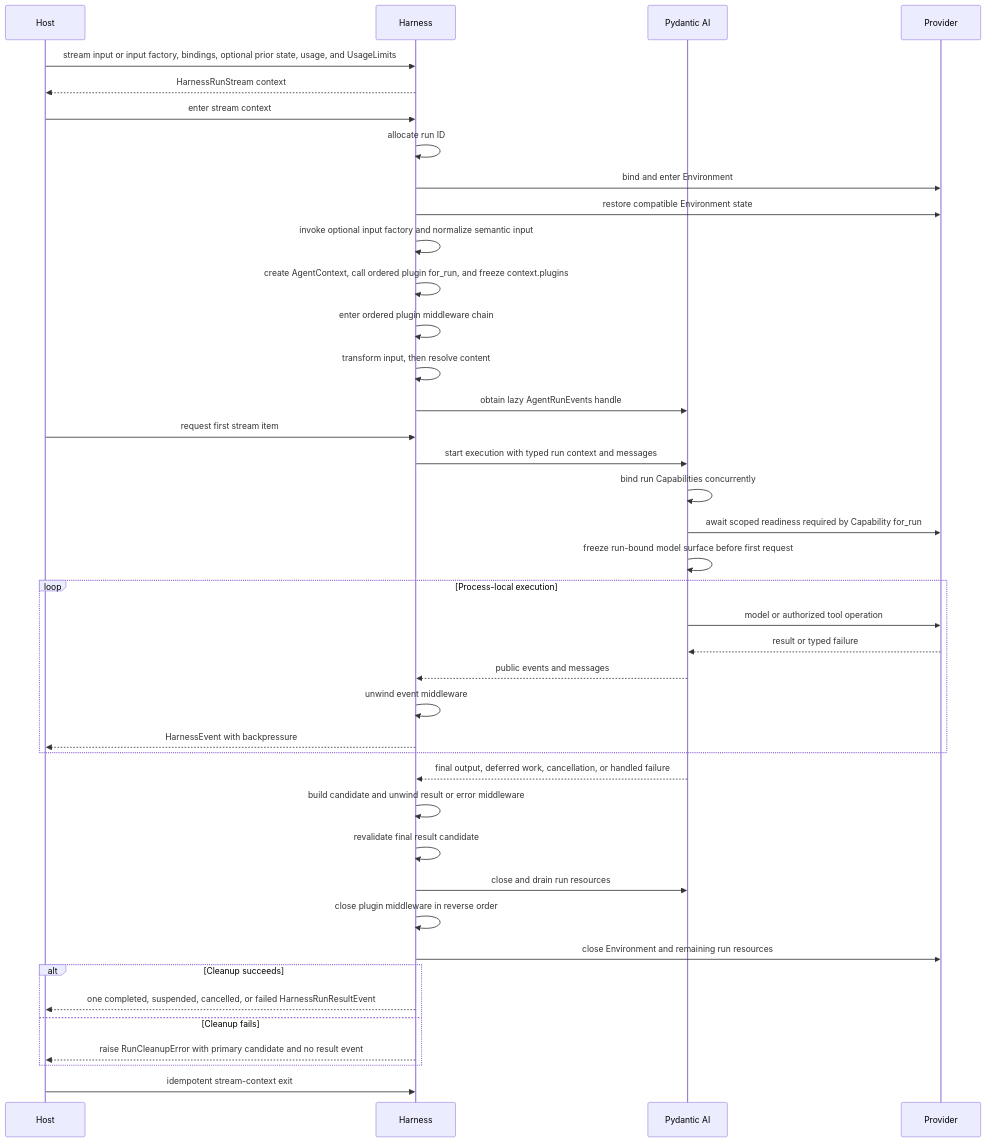
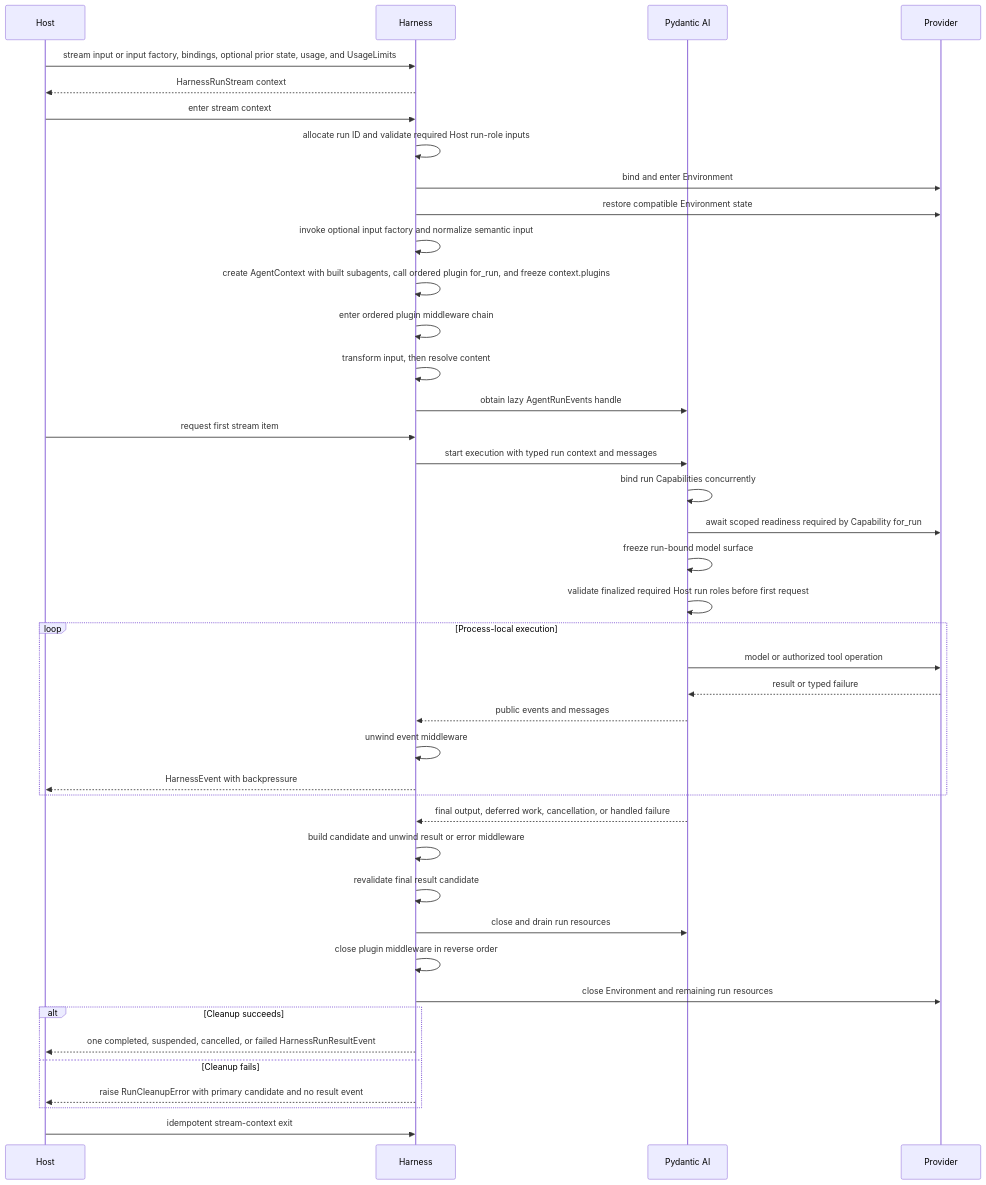
One commit to LTThreeComma/agent-foundation changed the third of 3 diagrams in spec/agent-harness/06-execution-context-and-lifecycle.md. Above: the diagram before and after it, drawn with Mermaid. The commit also changed other lines of this file and 19 other files, not shown here.

````diff
--- a/spec/agent-harness/06-execution-context-and-lifecycle.md
+++ b/spec/agent-harness/06-execution-context-and-lifecycle.md
@@ -69,43 +70,44 @@
 ```mermaid
 sequenceDiagram
     participant Host
     participant Harness
     participant PAI as Pydantic AI
     participant Provider
 
     Host->>Harness: stream input or input factory, bindings, optional prior state, usage, and UsageLimits
     Harness-->>Host: HarnessRunStream context
     Host->>Harness: enter stream context
-    Harness->>Harness: allocate run ID
+    Harness->>Harness: allocate run ID and validate required Host run-role inputs
     Harness->>Provider: bind and enter Environment
     Harness->>Provider: restore compatible Environment state
     Harness->>Harness: invoke optional input factory and normalize semantic input
-    Harness->>Harness: create AgentContext, call ordered plugin for_run, and freeze context.plugins
+    Harness->>Harness: create AgentContext with built subagents, call ordered plugin for_run, and freeze context.plugins
     Harness->>Harness: enter ordered plugin middleware chain
     Harness->>Harness: transform input, then resolve content
     Harness->>PAI: obtain lazy AgentRunEvents handle
     Host->>Harness: request first stream item
     Harness->>PAI: start execution with typed run context and messages
     PAI->>PAI: bind run Capabilities concurrently
     PAI->>Provider: await scoped readiness required by Capability for_run
-    PAI->>PAI: freeze run-bound model surface before first request
+    PAI->>PAI: freeze run-bound model surface
+    PAI->>PAI: validate finalized required Host run roles before first request
     loop Process-local execution
         PAI->>Provider: model or authorized tool operation
         Provider-->>PAI: result or typed failure
         PAI-->>Harness: public events and messages
         Harness->>Harness: unwind event middleware
         Harness-->>Host: HarnessEvent with backpressure
     end
     PAI-->>Harness: final output, deferred work, cancellation, or handled failure
     Harness->>Harness: build candidate and unwind result or error middleware
     Harness->>Harness: revalidate final result candidate
     Harness->>PAI: close and drain run resources
     Harness->>Harness: close plugin middleware in reverse order
     Harness->>Provider: close Environment and remaining run resources
     alt Cleanup succeeds
         Harness-->>Host: one completed, suspended, cancelled, or failed HarnessRunResultEvent
     else Cleanup fails
         Harness-->>Host: raise RunCleanupError with primary candidate and no result event
     end
     Host->>Harness: idempotent stream-context exit
 ```
````
